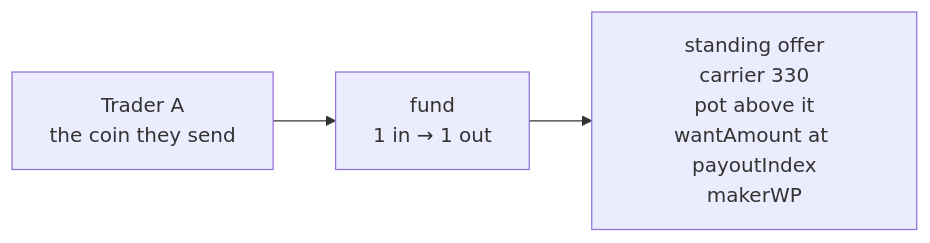
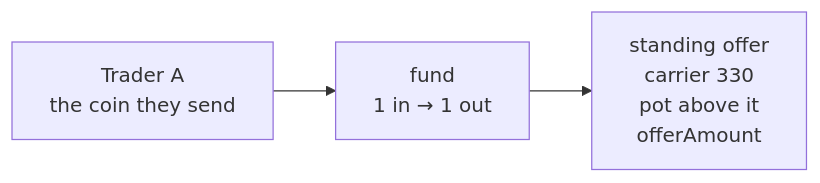
Before and after one commit to ArkLabsHQ/arkade-standing-match: the first of 4 diagrams in README.md, drawn with Mermaid. The commit also changed other lines of this file and 7 other files, not shown here.

First line of the commit message:
Replace the payout-index pair with one MatchedSwap.

````diff
--- a/README.md
+++ b/README.md
@@ -11,5 +13,5 @@
 ```mermaid
 flowchart LR
   traderA["Trader A<br/>the coin they send"] --> fund["fund<br/>1 in → 1 out"]
-  fund --> offer["standing offer<br/>carrier 330<br/>pot above it<br/>wantAmount at payoutIndex<br/>makerWP"]
+  fund --> offer["standing offer<br/>carrier 330<br/>pot above it<br/>offerAmount"]
 ```
````
